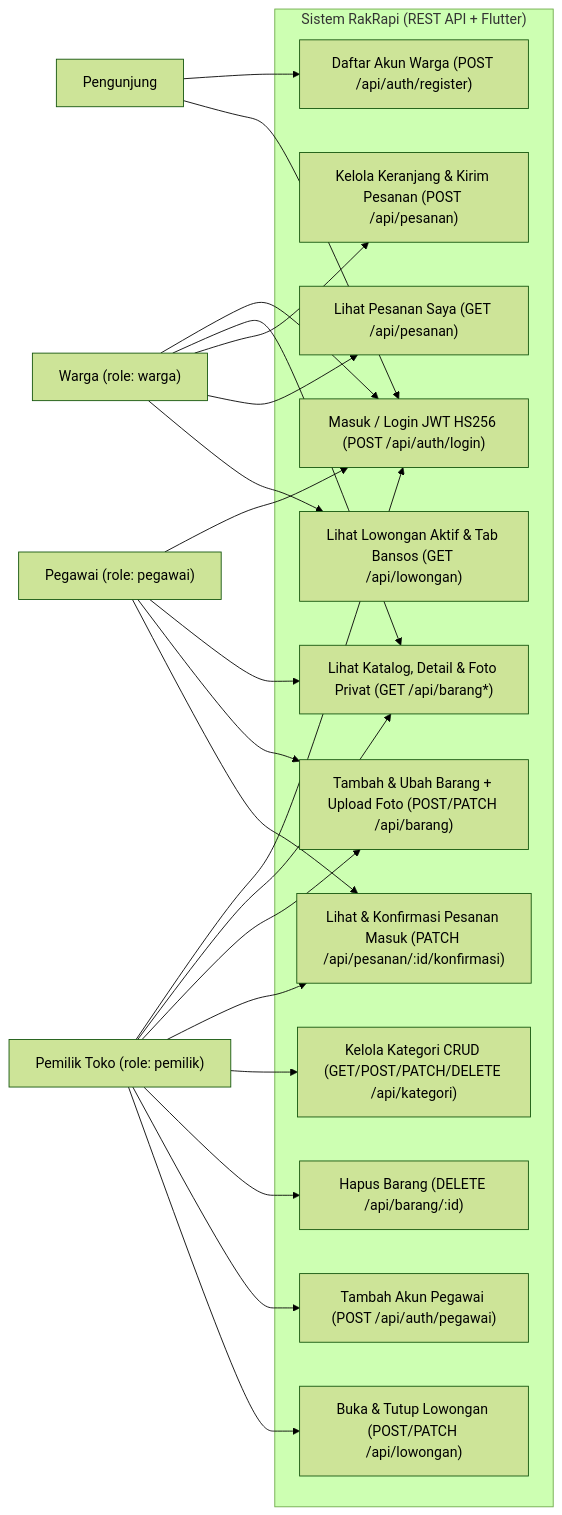
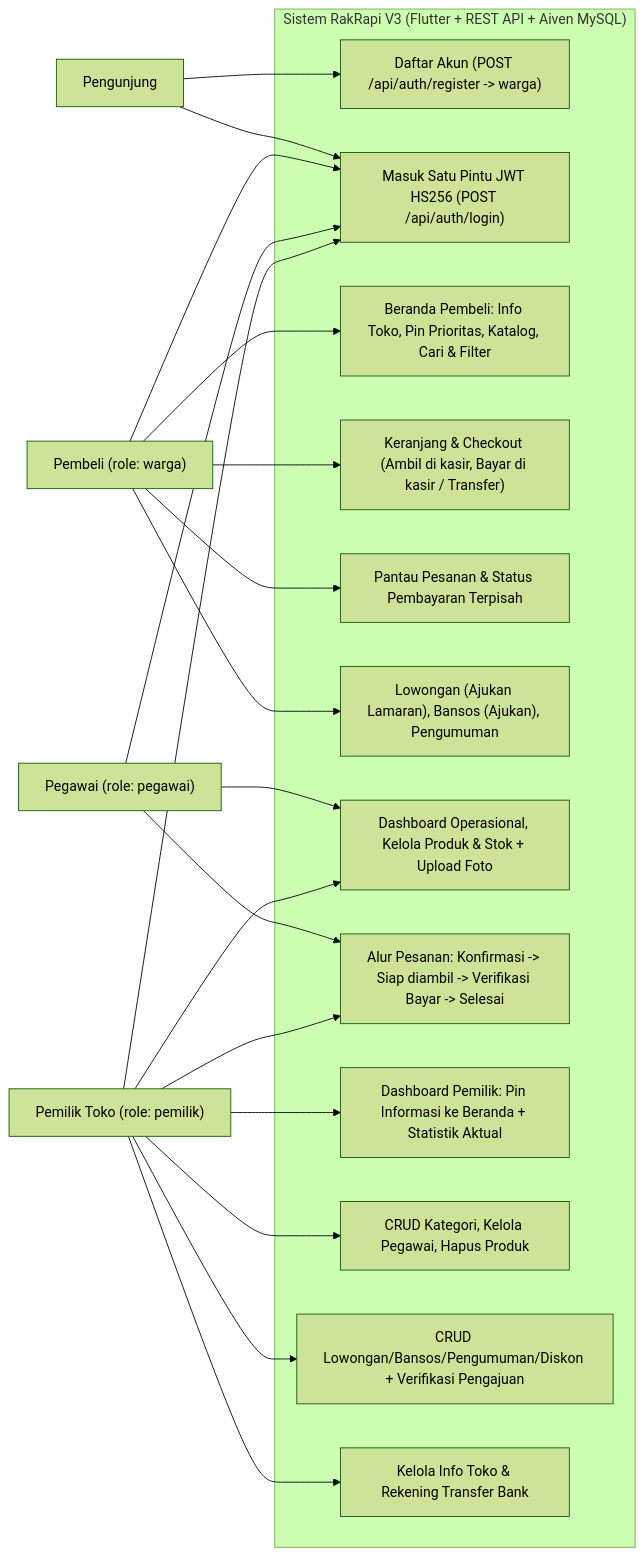
One commit to kaysan2519/RakRapi changed the second of 5 diagrams in docs/DIAGRAM-DAN-BLACKBOX-RAKRAPI.md. Above: the diagram before and after it, drawn with Mermaid (forest theme). The commit also changed other lines of this file and 13 other files, not shown here.

Commit message:
docs: sinkronkan SRS, ERD 11 tabel, dokumentasi API, blackbox, panduan presentasi, dan bukti Pixel 8 V3

````diff
--- a/docs/DIAGRAM-DAN-BLACKBOX-RAKRAPI.md
+++ b/docs/DIAGRAM-DAN-BLACKBOX-RAKRAPI.md
@@ -76,45 +148,40 @@
 ```mermaid
 flowchart LR
     Pengunjung["Pengunjung"]
-    Warga["Warga (role: warga)"]
+    Warga["Pembeli (role: warga)"]
     Pegawai["Pegawai (role: pegawai)"]
     Pemilik["Pemilik Toko (role: pemilik)"]
 
-    subgraph RakRapi["Sistem RakRapi (REST API + Flutter)"]
-        UC1["Daftar Akun Warga (POST /api/auth/register)"]
-        UC2["Masuk / Login JWT HS256 (POST /api/auth/login)"]
-        UC3["Lihat Katalog, Detail & Foto Privat (GET /api/barang*)"]
-        UC4["Kelola Keranjang & Kirim Pesanan (POST /api/pesanan)"]
-        UC5["Lihat Pesanan Saya (GET /api/pesanan)"]
-        UC6["Lihat Lowongan Aktif & Tab Bansos (GET /api/lowongan)"]
-        UC7["Tambah & Ubah Barang + Upload Foto (POST/PATCH /api/barang)"]
-        UC8["Lihat & Konfirmasi Pesanan Masuk (PATCH /api/pesanan/:id/konfirmasi)"]
-        UC9["Kelola Kategori CRUD (GET/POST/PATCH/DELETE /api/kategori)"]
-        UC10["Hapus Barang (DELETE /api/barang/:id)"]
-        UC11["Tambah Akun Pegawai (POST /api/auth/pegawai)"]
-        UC12["Buka & Tutup Lowongan (POST/PATCH /api/lowongan)"]
+    subgraph RakRapi["Sistem RakRapi V3 (Flutter + REST API + Aiven MySQL)"]
+        UC1["Daftar Akun (POST /api/auth/register -> warga)"]
+        UC2["Masuk Satu Pintu JWT HS256 (POST /api/auth/login)"]
+        UC3["Beranda Pembeli: Info Toko, Pin Prioritas, Katalog, Cari & Filter"]
+        UC4["Keranjang & Checkout (Ambil di kasir, Bayar di kasir / Transfer)"]
+        UC5["Pantau Pesanan & Status Pembayaran Terpisah"]
+        UC6["Lowongan (Ajukan Lamaran), Bansos (Ajukan), Pengumuman"]
+        UC7["Dashboard Operasional, Kelola Produk & Stok + Upload Foto"]
+        UC8["Alur Pesanan: Konfirmasi -> Siap diambil -> Verifikasi Bayar -> Selesai"]
+        UC9["Dashboard Pemilik: Pin Informasi ke Beranda + Statistik Aktual"]
+        UC10["CRUD Kategori, Kelola Pegawai, Hapus Produk"]
+        UC11["CRUD Lowongan/Bansos/Pengumuman/Diskon + Verifikasi Pengajuan"]
+        UC12["Kelola Info Toko & Rekening Transfer Bank"]
     end
 
     Pengunjung --> UC1
     Pengunjung --> UC2
-
     Warga --> UC2
     Warga --> UC3
     Warga --> UC4
     Warga --> UC5
     Warga --> UC6
-
     Pegawai --> UC2
-    Pegawai --> UC3
     Pegawai --> UC7
     Pegawai --> UC8
-
     Pemilik --> UC2
-    Pemilik --> UC3
     Pemilik --> UC7
     Pemilik --> UC8
     Pemilik --> UC9
     Pemilik --> UC10
     Pemilik --> UC11
     Pemilik --> UC12
 ```
````
